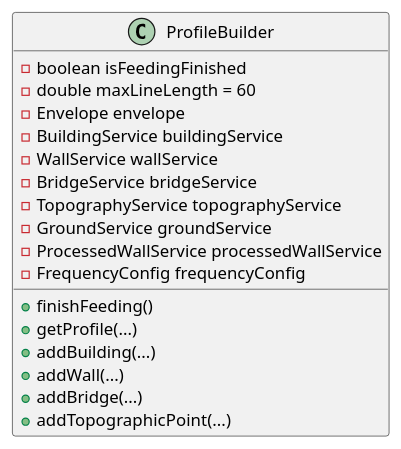
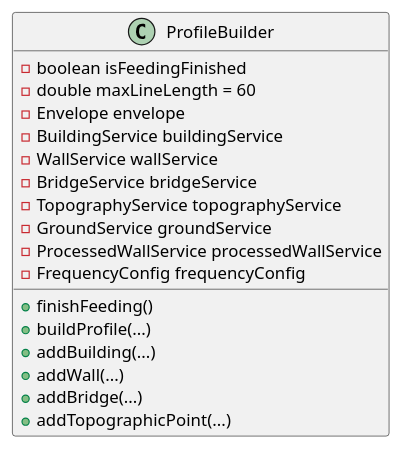
One commit to jtagusari/NoiseModelling changed the second of 5 diagrams in Docs-dev/scene.md. Above: the diagram before and after it, drawn with PlantUML. The commit also changed other lines of this file and 30 other files, not shown here.

````diff
--- a/Docs-dev/scene.md
+++ b/Docs-dev/scene.md
@@ -117,23 +118,23 @@
 ```plantuml
 @startuml
 ' Compact ProfileBuilder overview
 class ProfileBuilder {
   - boolean isFeedingFinished
   - double maxLineLength = 60
   - Envelope envelope
   - BuildingService buildingService
   - WallService wallService
   - BridgeService bridgeService
   - TopographyService topographyService
   - GroundService groundService
   - ProcessedWallService processedWallService
   - FrequencyConfig frequencyConfig
   + finishFeeding()
-  + getProfile(...)
+  + buildProfile(...)
   + addBuilding(...)
   + addWall(...)
   + addBridge(...)
   + addTopographicPoint(...)
 }
 @enduml
 ```
````
